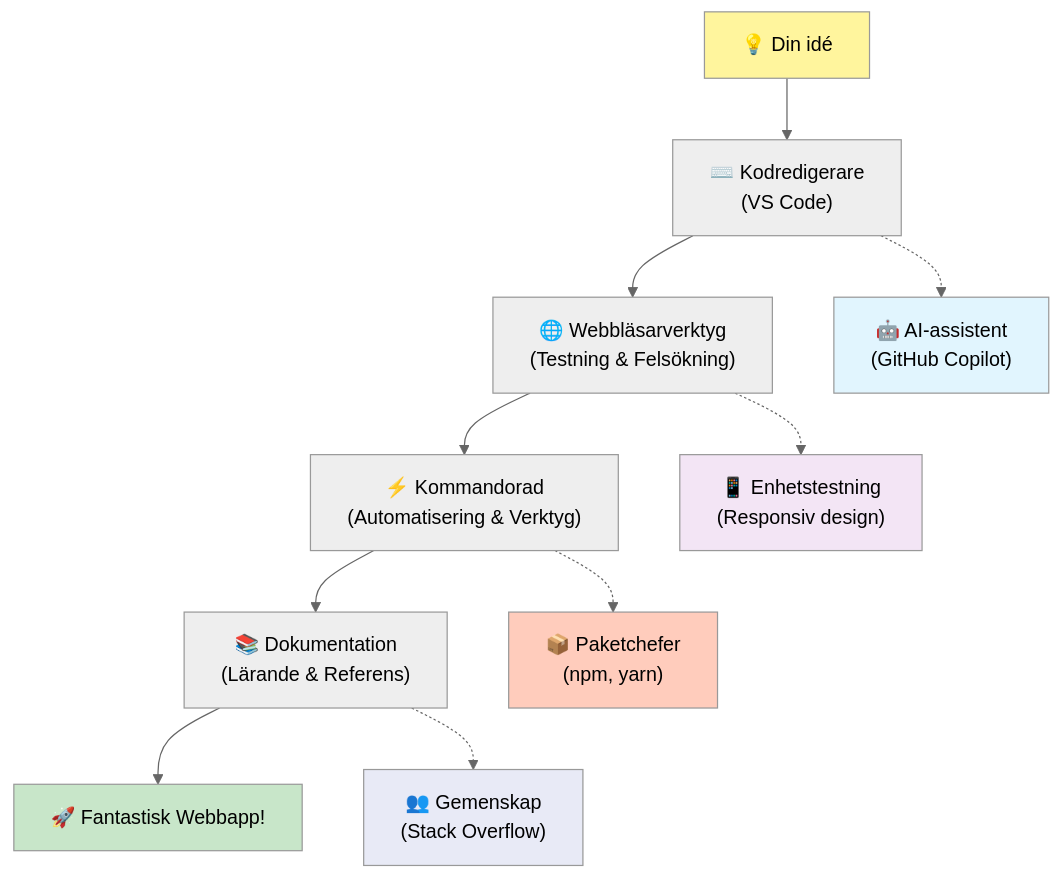
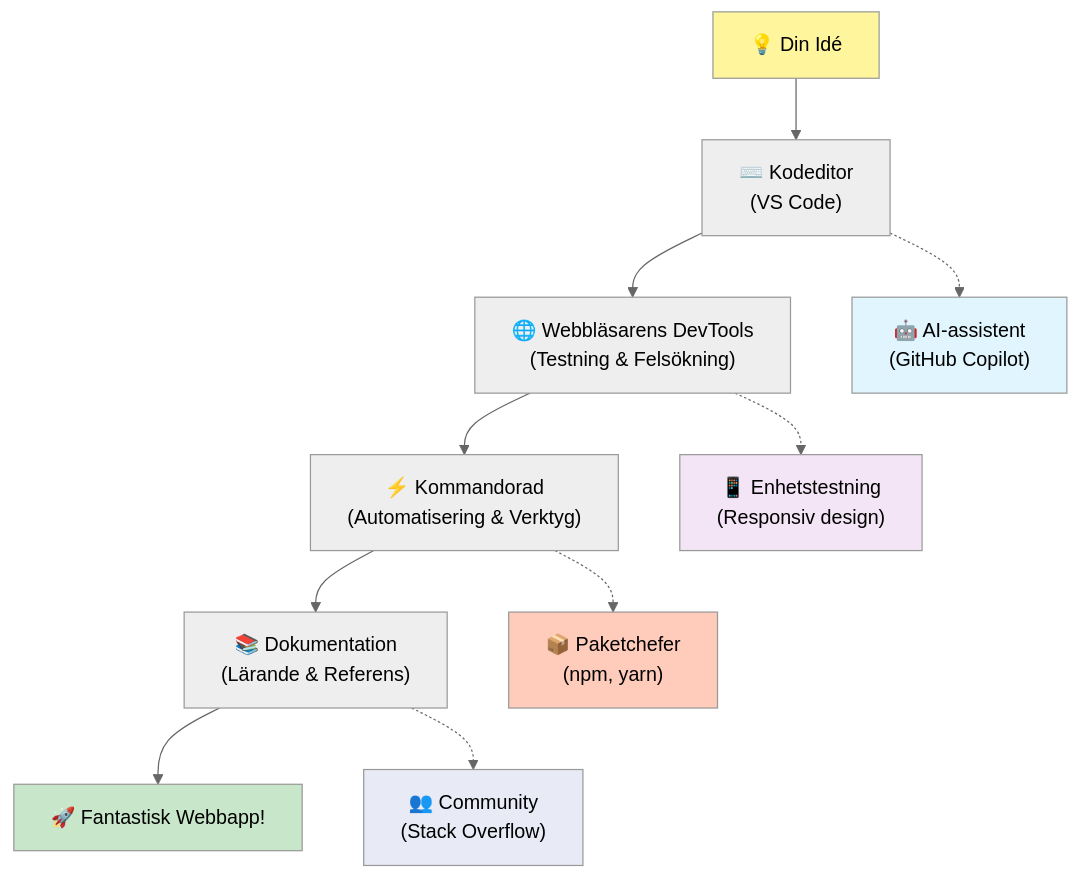
Before and after one commit to microsoft/Web-Dev-For-Beginners: the fifth of 7 diagrams in translations/sv/1-getting-started-lessons/1-intro-to-programming-languages/README.md, drawn with Mermaid (neutral theme). The commit also changed other lines of this file and 8 other files, not shown here.

````diff
--- a/translations/sv/1-getting-started-lessons/1-intro-to-programming-languages/README.md
+++ b/translations/sv/1-getting-started-lessons/1-intro-to-programming-languages/README.md
@@ -488,20 +488,20 @@
 ```mermaid
 graph TD
-    A["💡 Din idé"] --> B["⌨️ Kodredigerare<br/>(VS Code)"] 
-    B --> C["🌐 Webbläsarverktyg<br/>(Testning & Felsökning)"]
+    A["💡 Din Idé"] --> B["⌨️ Kodeditor<br/>(VS Code)"] 
+    B --> C["🌐 Webbläsarens DevTools<br/>(Testning & Felsökning)"]
     C --> D["⚡ Kommandorad<br/>(Automatisering & Verktyg)"]
     D --> E["📚 Dokumentation<br/>(Lärande & Referens)"]
     E --> F["🚀 Fantastisk Webbapp!"]
     
     B -.-> G["🤖 AI-assistent<br/>(GitHub Copilot)"]
     C -.-> H["📱 Enhetstestning<br/>(Responsiv design)"]
     D -.-> I["📦 Paketchefer<br/>(npm, yarn)"]
-    E -.-> J["👥 Gemenskap<br/>(Stack Overflow)"]
+    E -.-> J["👥 Community<br/>(Stack Overflow)"]
     
     style A fill:#fff59d
     style F fill:#c8e6c9
     style G fill:#e1f5fe
     style H fill:#f3e5f5
     style I fill:#ffccbc
     style J fill:#e8eaf6
 ```
````
